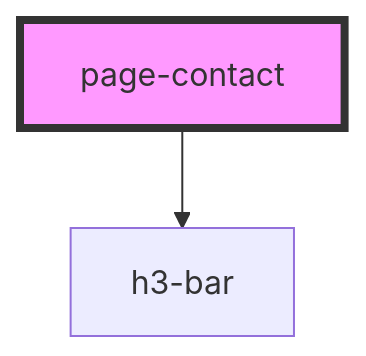
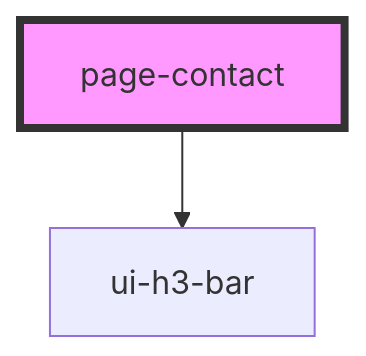
One commit to pizza-to-the-polls/power-the-polls changed the diagram in site/src/components/page-contact/readme.md. Above: the diagram before and after it, drawn with Mermaid. The commit also changed other lines of this file and 18 other files, not shown here.

````diff
--- a/site/src/components/page-contact/readme.md
+++ b/site/src/components/page-contact/readme.md
@@ -15,5 +15,5 @@
 ```mermaid
 graph TD;
-  page-contact --> h3-bar
+  page-contact --> ui-h3-bar
   style page-contact fill:#f9f,stroke:#333,stroke-width:4px
 ```
````
